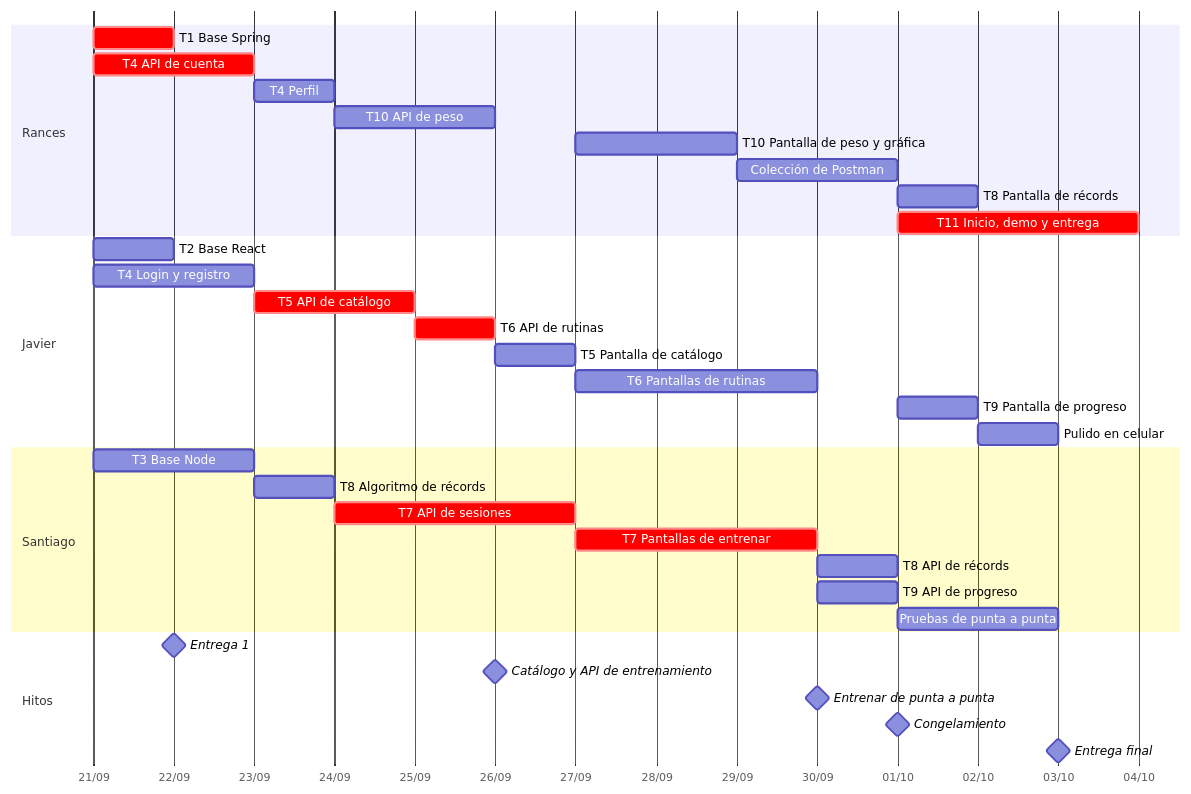
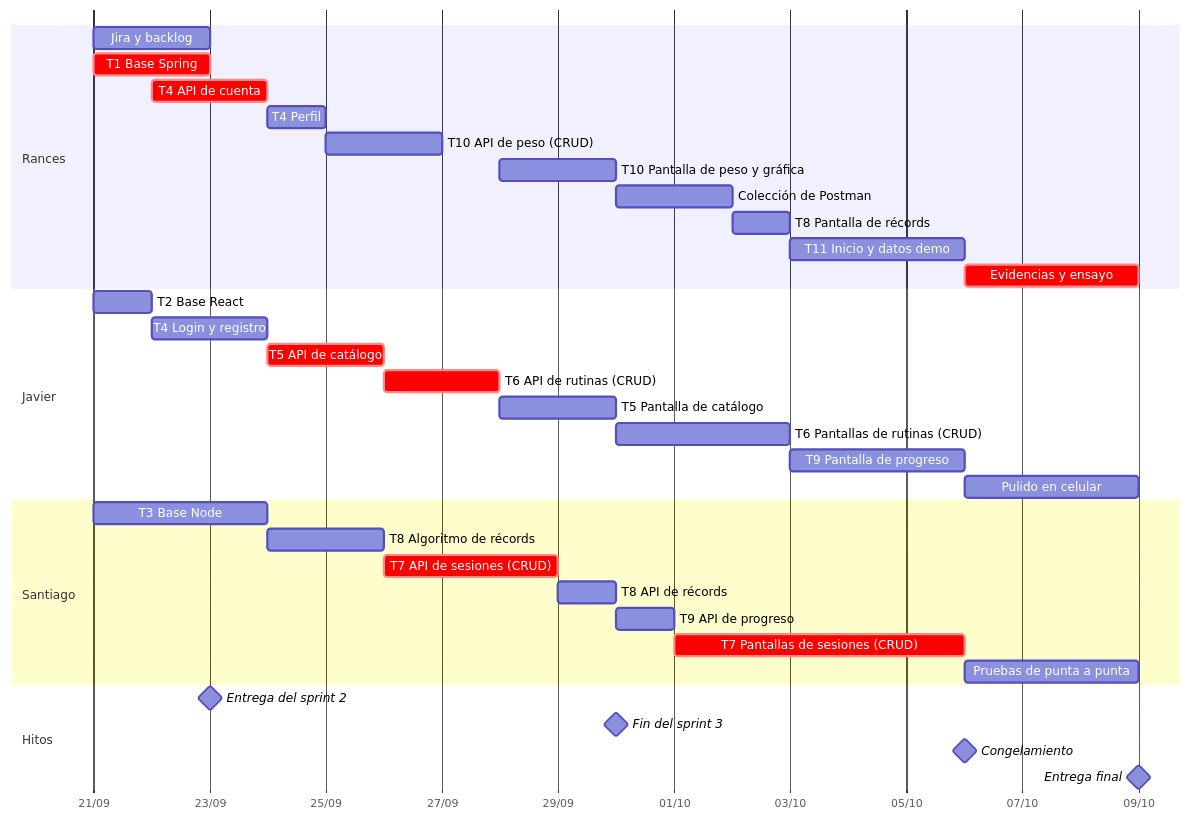
The first of 2 diagrams in PLAN-DE-TRABAJO.md (rancesra/gymrutine), drawn with Mermaid before and after one commit. The commit also changed other lines of this file and 17 other files, not shown here.

Commit message:
Ajusta la documentación a las entregas del curso: Jira, un CRUD por integrante y evidencias

````diff
--- a/PLAN-DE-TRABAJO.md
+++ b/PLAN-DE-TRABAJO.md
@@ -97,42 +127,43 @@
 ```mermaid
 gantt
     dateFormat YYYY-MM-DD
     axisFormat %d/%m
-    tickInterval 1day
+    tickInterval 2day
 
     section Rances
-    T1 Base Spring                   :crit, r1, 2026-09-21, 1d
-    T4 API de cuenta                 :crit, r2, 2026-09-21, 2d
-    T4 Perfil                        :r3, 2026-09-23, 1d
-    T10 API de peso                  :r4, 2026-09-24, 2d
-    T10 Pantalla de peso y gráfica   :r5, 2026-09-27, 2d
-    Colección de Postman             :r6, 2026-09-29, 2d
-    T8 Pantalla de récords           :r7, 2026-10-01, 1d
-    T11 Inicio, demo y entrega       :crit, r8, 2026-10-01, 3d
+    Jira y backlog                   :r0, 2026-09-21, 2d
+    T1 Base Spring                   :crit, r1, 2026-09-21, 2d
+    T4 API de cuenta                 :crit, r2, 2026-09-22, 2d
+    T4 Perfil                        :r3, 2026-09-24, 1d
+    T10 API de peso (CRUD)           :r4, 2026-09-25, 2d
+    T10 Pantalla de peso y gráfica   :r5, 2026-09-28, 2d
+    Colección de Postman             :r6, 2026-09-30, 2d
+    T8 Pantalla de récords           :r7, 2026-10-02, 1d
+    T11 Inicio y datos demo          :r8, 2026-10-03, 3d
+    Evidencias y ensayo              :crit, r9, 2026-10-06, 3d
 
     section Javier
     T2 Base React                    :j1, 2026-09-21, 1d
-    T4 Login y registro              :j2, 2026-09-21, 2d
-    T5 API de catálogo               :crit, j3, 2026-09-23, 2d
-    T6 API de rutinas                :crit, j4, 2026-09-25, 1d
-    T5 Pantalla de catálogo          :j5, 2026-09-26, 1d
-    T6 Pantallas de rutinas          :j6, 2026-09-27, 3d
-    T9 Pantalla de progreso          :j7, 2026-10-01, 1d
-    Pulido en celular                :j8, 2026-10-02, 1d
+    T4 Login y registro              :j2, 2026-09-22, 2d
+    T5 API de catálogo               :crit, j3, 2026-09-24, 2d
+    T6 API de rutinas (CRUD)         :crit, j4, 2026-09-26, 2d
+    T5 Pantalla de catálogo          :j5, 2026-09-28, 2d
+    T6 Pantallas de rutinas (CRUD)   :j6, 2026-09-30, 3d
+    T9 Pantalla de progreso          :j7, 2026-10-03, 3d
+    Pulido en celular                :j8, 2026-10-06, 3d
 
     section Santiago
-    T3 Base Node                     :s1, 2026-09-21, 2d
-    T8 Algoritmo de récords          :s2, 2026-09-23, 1d
-    T7 API de sesiones               :crit, s3, 2026-09-24, 3d
-    T7 Pantallas de entrenar         :crit, s4, 2026-09-27, 3d
-    T8 API de récords                :s5, 2026-09-30, 1d
-    T9 API de progreso               :s6, 2026-09-30, 1d
-    Pruebas de punta a punta         :s7, 2026-10-01, 2d
+    T3 Base Node                     :s1, 2026-09-21, 3d
+    T8 Algoritmo de récords          :s2, 2026-09-24, 2d
+    T7 API de sesiones (CRUD)        :crit, s3, 2026-09-26, 3d
+    T8 API de récords                :s4, 2026-09-29, 1d
+    T9 API de progreso               :s5, 2026-09-30, 1d
+    T7 Pantallas de sesiones (CRUD)  :crit, s6, 2026-10-01, 5d
+    Pruebas de punta a punta         :s7, 2026-10-06, 3d
 
     section Hitos
-    Entrega 1                        :milestone, m1, 2026-09-22, 0d
-    Catálogo y API de entrenamiento  :milestone, m2, 2026-09-26, 0d
-    Entrenar de punta a punta        :milestone, m3, 2026-09-30, 0d
-    Congelamiento                    :milestone, m4, 2026-10-01, 0d
-    Entrega final                    :milestone, m5, 2026-10-03, 0d
+    Entrega del sprint 2             :milestone, m1, 2026-09-23, 0d
+    Fin del sprint 3                 :milestone, m2, 2026-09-30, 0d
+    Congelamiento                    :milestone, m3, 2026-10-06, 0d
+    Entrega final                    :milestone, m4, 2026-10-09, 0d
 ```
````
